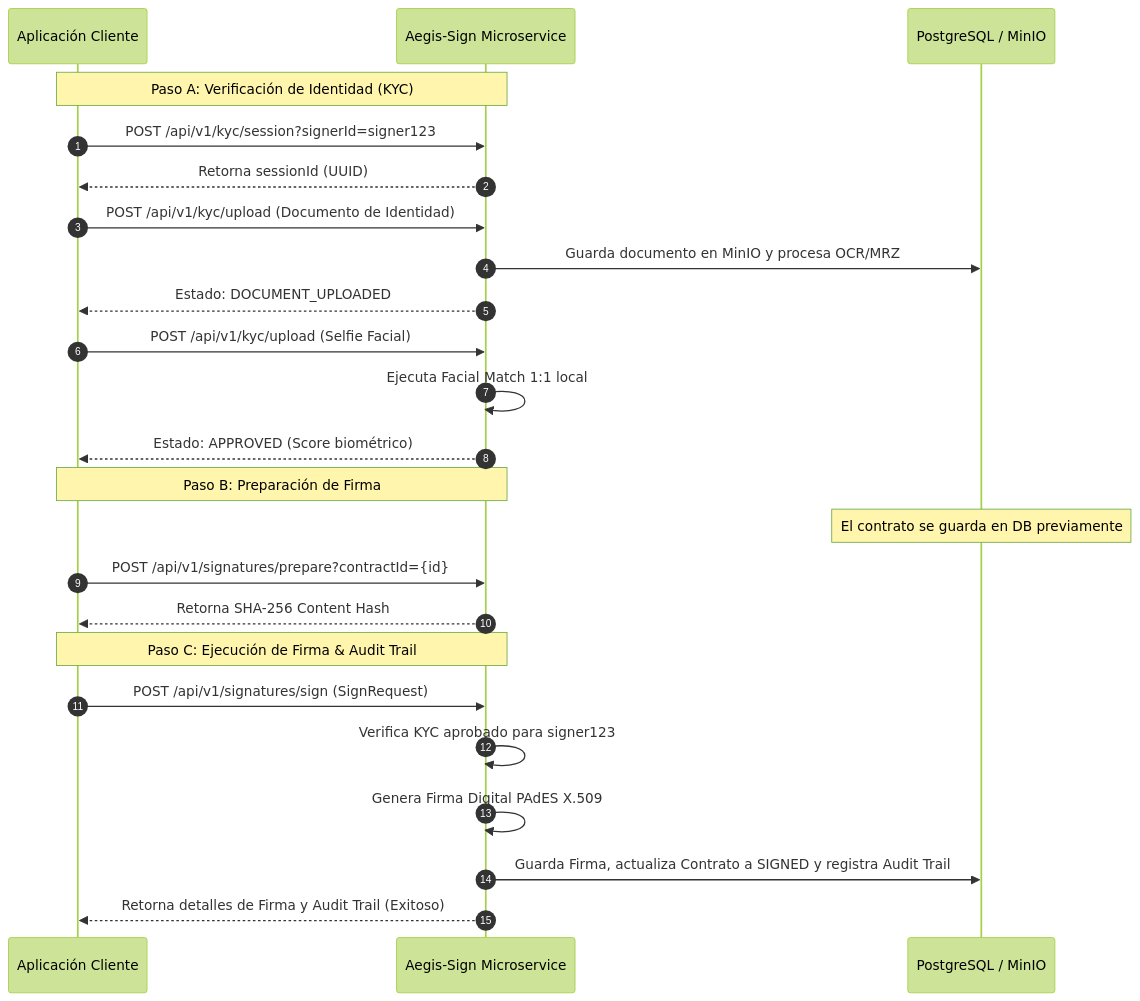
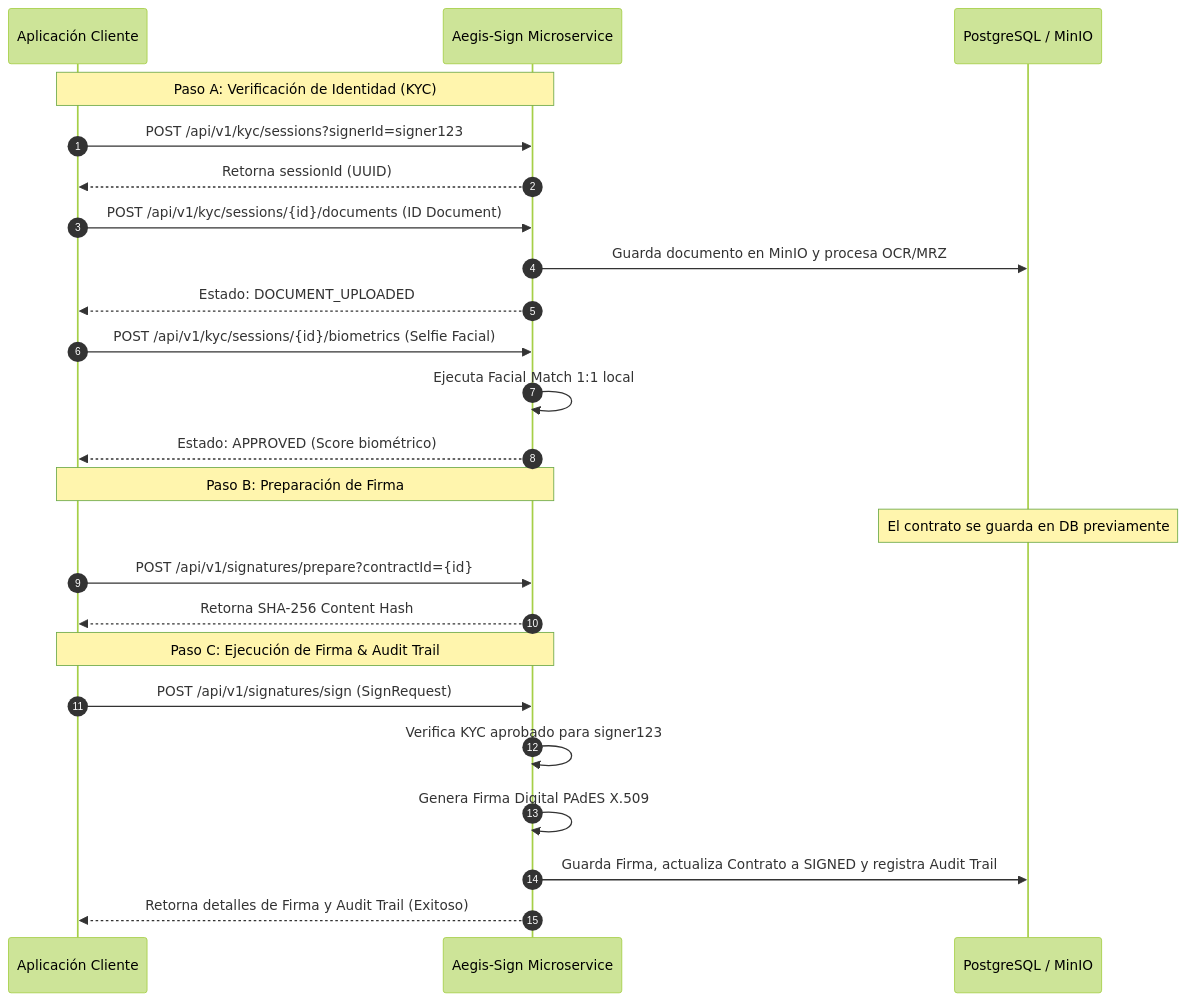
One commit to Joselu2099/aegis-sign changed the diagram in docs/user_manual.md. Above: the diagram before and after it, drawn with Mermaid (forest theme). The commit also changed other lines of this file and 26 other files, not shown here.

````diff
--- a/docs/user_manual.md
+++ b/docs/user_manual.md
@@ -43,29 +43,29 @@
 ```mermaid
 sequenceDiagram
     autonumber
     participant App as Aplicación Cliente
     participant Service as Aegis-Sign Microservice
     participant DB as PostgreSQL / MinIO
 
     Note over App, Service: Paso A: Verificación de Identidad (KYC)
-    App->>Service: POST /api/v1/kyc/session?signerId=signer123
+    App->>Service: POST /api/v1/kyc/sessions?signerId=signer123
     Service-->>App: Retorna sessionId (UUID)
-    App->>Service: POST /api/v1/kyc/upload (Documento de Identidad)
+    App->>Service: POST /api/v1/kyc/sessions/{id}/documents (ID Document)
     Service->>DB: Guarda documento en MinIO y procesa OCR/MRZ
     Service-->>App: Estado: DOCUMENT_UPLOADED
-    App->>Service: POST /api/v1/kyc/upload (Selfie Facial)
+    App->>Service: POST /api/v1/kyc/sessions/{id}/biometrics (Selfie Facial)
     Service->>Service: Ejecuta Facial Match 1:1 local
     Service-->>App: Estado: APPROVED (Score biométrico)
 
     Note over App, Service: Paso B: Preparación de Firma
     Note over DB: El contrato se guarda en DB previamente
     App->>Service: POST /api/v1/signatures/prepare?contractId={id}
     Service-->>App: Retorna SHA-256 Content Hash
 
     Note over App, Service: Paso C: Ejecución de Firma & Audit Trail
     App->>Service: POST /api/v1/signatures/sign (SignRequest)
     Service->>Service: Verifica KYC aprobado para signer123
     Service->>Service: Genera Firma Digital PAdES X.509
     Service->>DB: Guarda Firma, actualiza Contrato a SIGNED y registra Audit Trail
     Service-->>App: Retorna detalles de Firma y Audit Trail (Exitoso)
 ```
````
